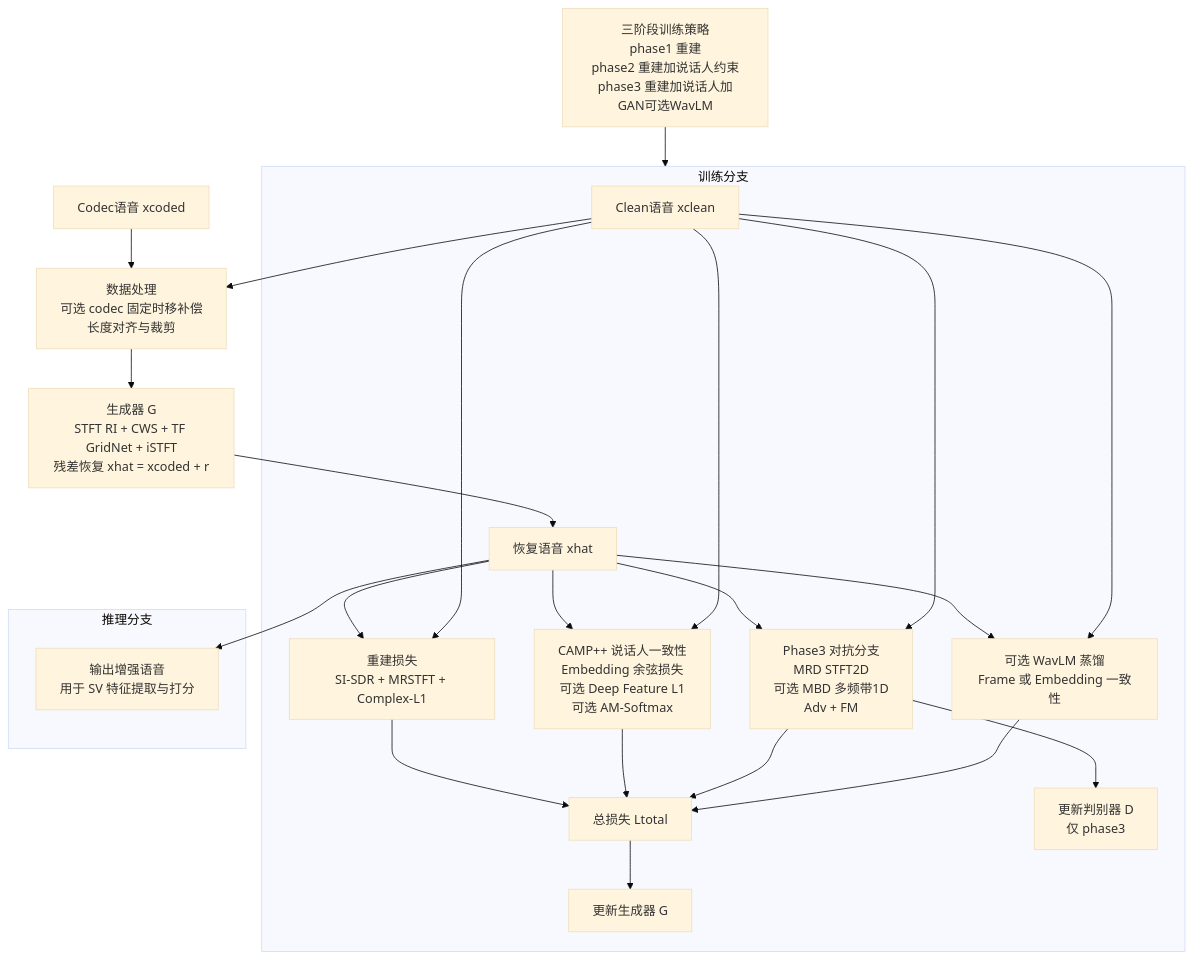
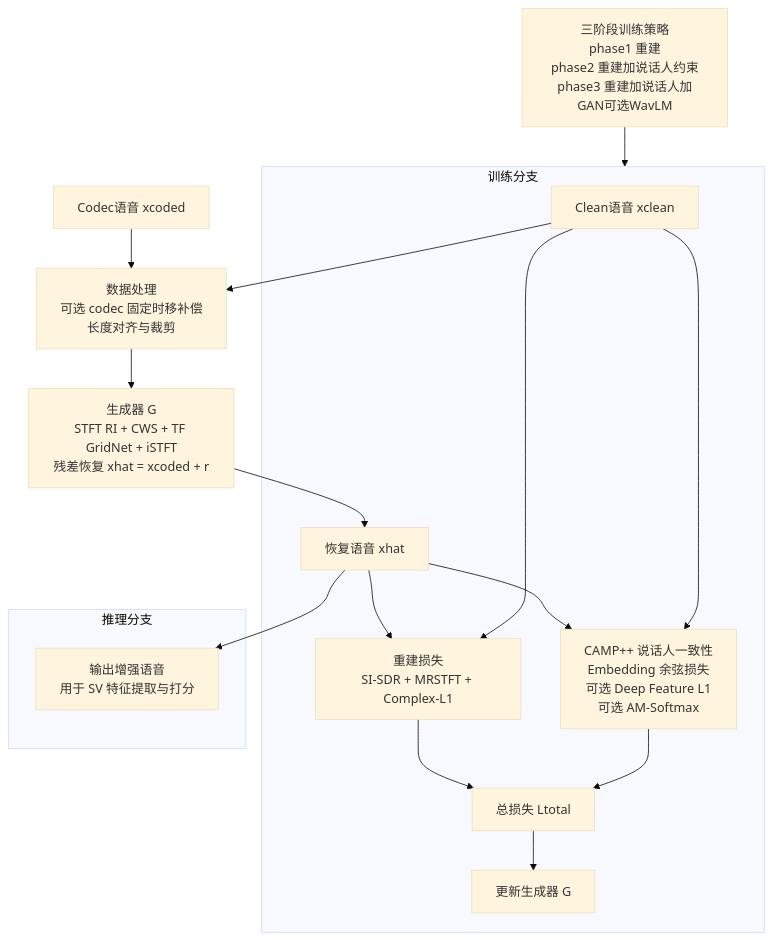
One commit to Evildoersudo/camplusplus changed the diagram in my_methods_GAN/note/sv_codec_restore_gan_method.md. Above: the diagram before and after it, drawn with Mermaid (base theme). The commit also changed 7 other files, not shown here.

````diff
--- a/my_methods_GAN/note/sv_codec_restore_gan_method.md
+++ b/my_methods_GAN/note/sv_codec_restore_gan_method.md
@@ -134,35 +134,27 @@
 ```mermaid
 flowchart TB
     A["Codec语音 xcoded"] --> B["数据处理<br/>可选 codec 固定时移补偿<br/>长度对齐与裁剪"]
     C["Clean语音 xclean"] --> B
 
     B --> D["生成器 G<br/>STFT RI + CWS + TF GridNet + iSTFT<br/>残差恢复 xhat = xcoded + r"]
     D --> E["恢复语音 xhat"]
 
     subgraph T["训练分支"]
       E --> F1["重建损失<br/>SI-SDR + MRSTFT + Complex-L1"]
       C --> F1
 
       E --> F2["CAMP++ 说话人一致性<br/>Embedding 余弦损失<br/>可选 Deep Feature L1<br/>可选 AM-Softmax"]
       C --> F2
 
-      E --> F3["Phase3 对抗分支<br/>MRD STFT2D<br/>可选 MBD 多频带1D<br/>Adv + FM"]
-      C --> F3
-
-      E --> F4["可选 WavLM 蒸馏<br/>Frame 或 Embedding 一致性"]
-      C --> F4
 
       F1 --> G1["总损失 Ltotal"]
       F2 --> G1
-      F3 --> G1
-      F4 --> G1
       G1 --> H["更新生成器 G"]
-      F3 --> I["更新判别器 D<br/>仅 phase3"]
     end
 
     subgraph P["推理分支"]
       E --> J["输出增强语音<br/>用于 SV 特征提取与打分"]
     end
 
     K["三阶段训练策略<br/>phase1 重建<br/>phase2 重建加说话人约束<br/>phase3 重建加说话人加GAN可选WavLM"] --> T
 ```
````
